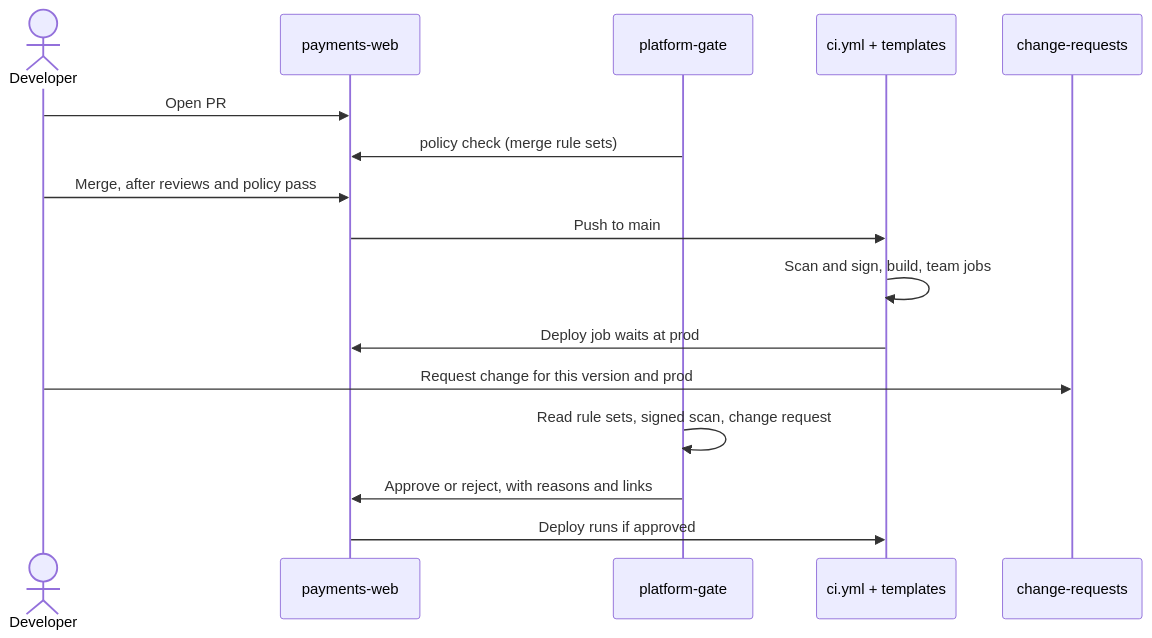
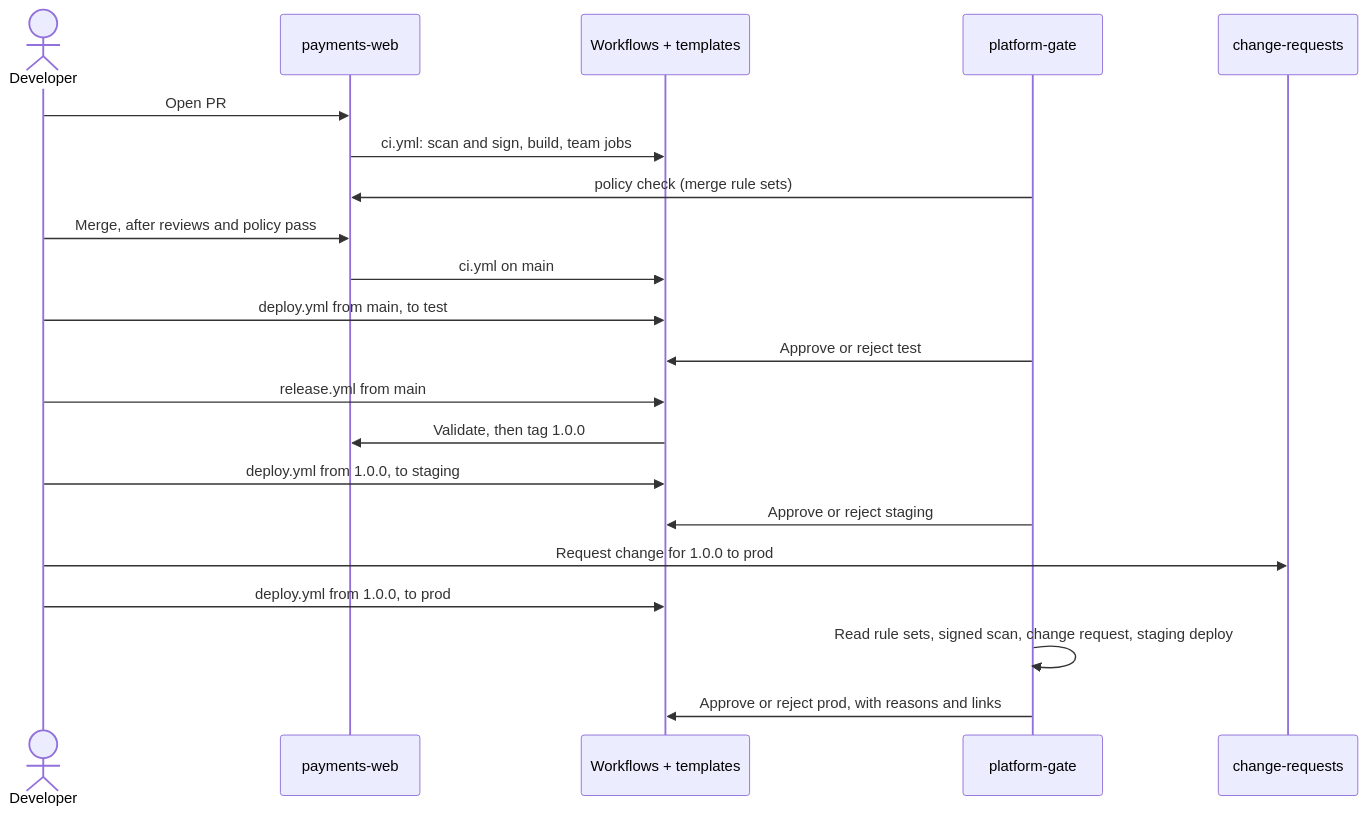
The second of 2 diagrams in profile/README.md (Stefan-org-1/.github), drawn with Mermaid before and after one commit. The commit also changed other lines of this file, not shown here.

Commit message:
Describe the release flow and the test, staging and prod environments

````diff
--- a/profile/README.md
+++ b/profile/README.md
@@ -86,19 +100,24 @@
 ```mermaid
 sequenceDiagram
   actor Dev as Developer
   participant Repo as payments-web
+  participant CI as Workflows + templates
   participant Gate as platform-gate
-  participant CI as ci.yml + templates
   participant CR as change-requests
 
   Dev->>Repo: Open PR
+  Repo->>CI: ci.yml: scan and sign, build, team jobs
   Gate->>Repo: policy check (merge rule sets)
   Dev->>Repo: Merge, after reviews and policy pass
-  Repo->>CI: Push to main
-  CI->>CI: Scan and sign, build, team jobs
-  CI->>Repo: Deploy job waits at prod
-  Dev->>CR: Request change for this version and prod
-  Gate->>Gate: Read rule sets, signed scan, change request
-  Gate->>Repo: Approve or reject, with reasons and links
-  Repo->>CI: Deploy runs if approved
+  Repo->>CI: ci.yml on main
+  Dev->>CI: deploy.yml from main, to test
+  Gate->>CI: Approve or reject test
+  Dev->>CI: release.yml from main
+  CI->>Repo: Validate, then tag 1.0.0
+  Dev->>CI: deploy.yml from 1.0.0, to staging
+  Gate->>CI: Approve or reject staging
+  Dev->>CR: Request change for 1.0.0 to prod
+  Dev->>CI: deploy.yml from 1.0.0, to prod
+  Gate->>Gate: Read rule sets, signed scan, change request, staging deploy
+  Gate->>CI: Approve or reject prod, with reasons and links
 ```
````
